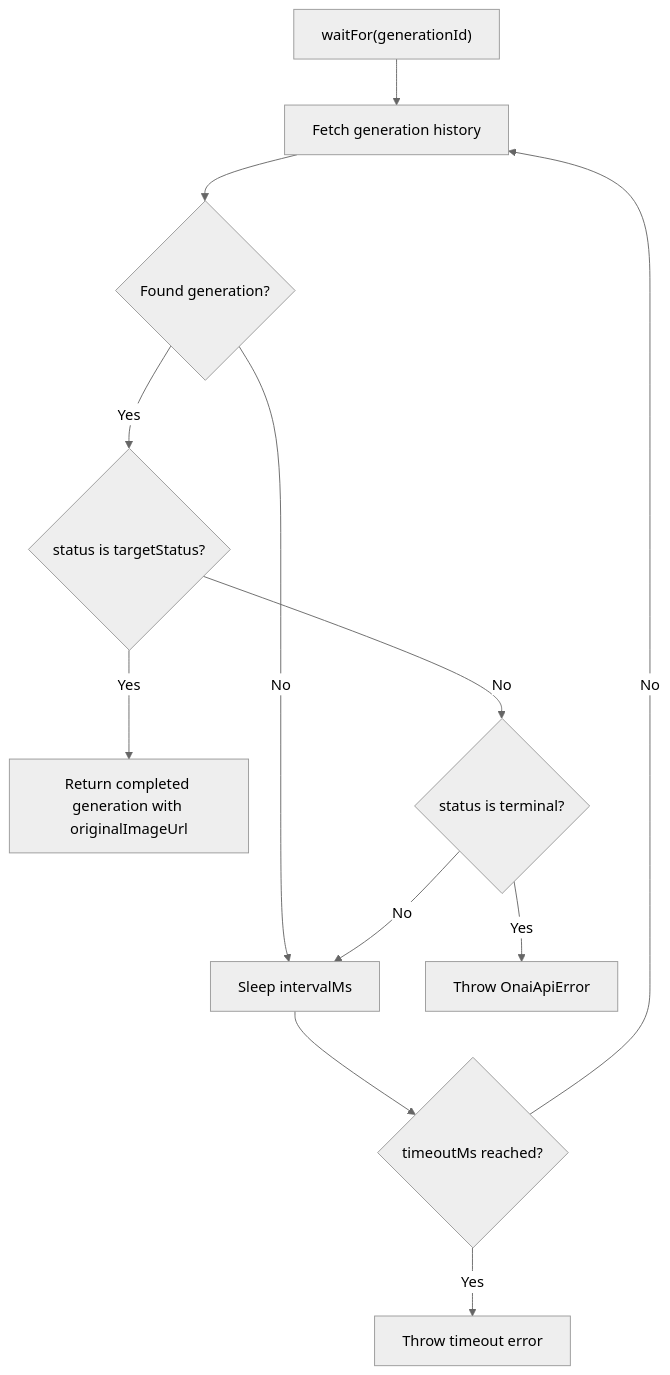
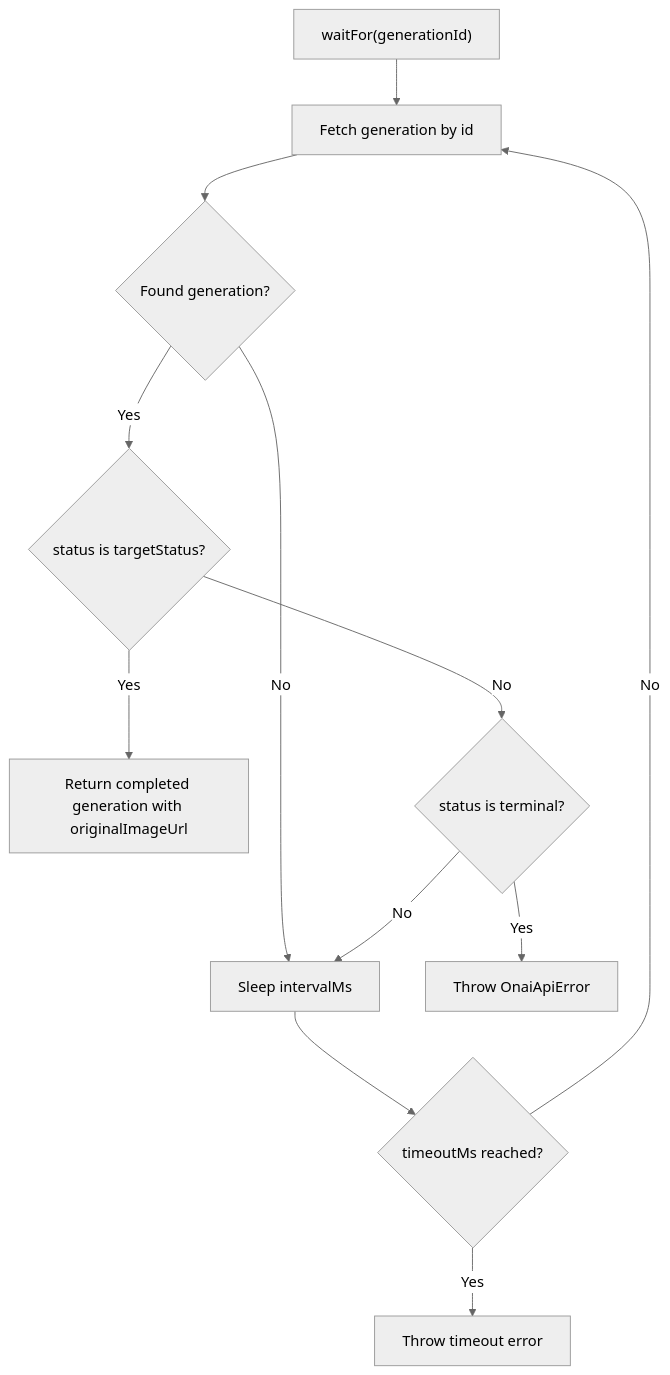
Before and after one commit to mxhiraz/onai-sdk: the fourth of 7 diagrams in docs/LEGACY_DOCUMENT.md, drawn with Mermaid (neutral theme). The commit also changed other lines of this file and 5 other files, not shown here.

````diff
--- a/docs/LEGACY_DOCUMENT.md
+++ b/docs/LEGACY_DOCUMENT.md
@@ -326,14 +326,14 @@
 ```mermaid
 flowchart TD
-  Start["waitFor(generationId)"] --> Fetch["Fetch generation history"]
+  Start["waitFor(generationId)"] --> Fetch["Fetch generation by id"]
   Fetch --> Found{"Found generation?"}
   Found -->|"No"| Sleep["Sleep intervalMs"]
   Found -->|"Yes"| Ready{"status is targetStatus?"}
   Ready -->|"Yes"| Return["Return completed generation with originalImageUrl"]
   Ready -->|"No"| Terminal{"status is terminal?"}
   Terminal -->|"Yes"| Fail["Throw OnaiApiError"]
   Terminal -->|"No"| Sleep
   Sleep --> Timeout{"timeoutMs reached?"}
   Timeout -->|"No"| Fetch
   Timeout -->|"Yes"| TimedOut["Throw timeout error"]
 ```
````
